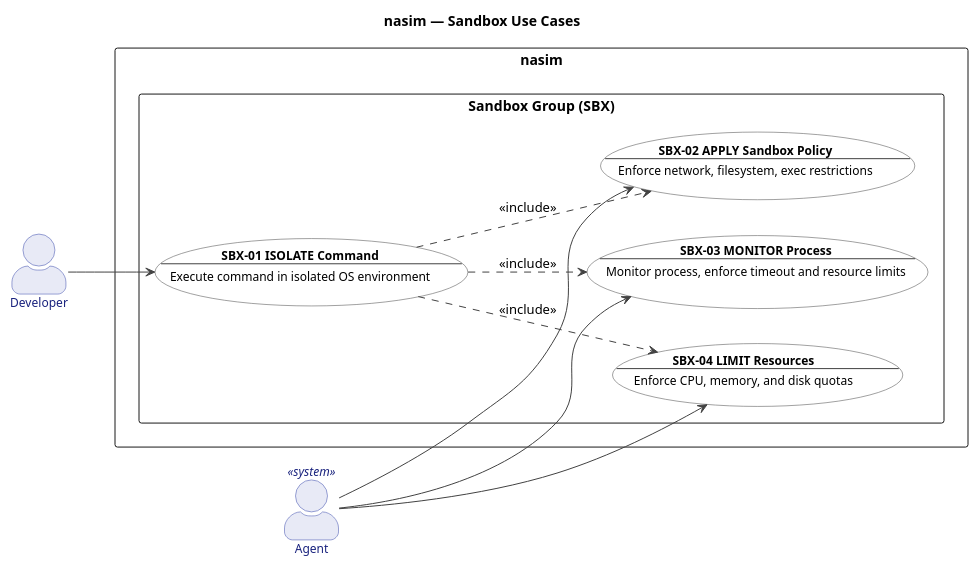
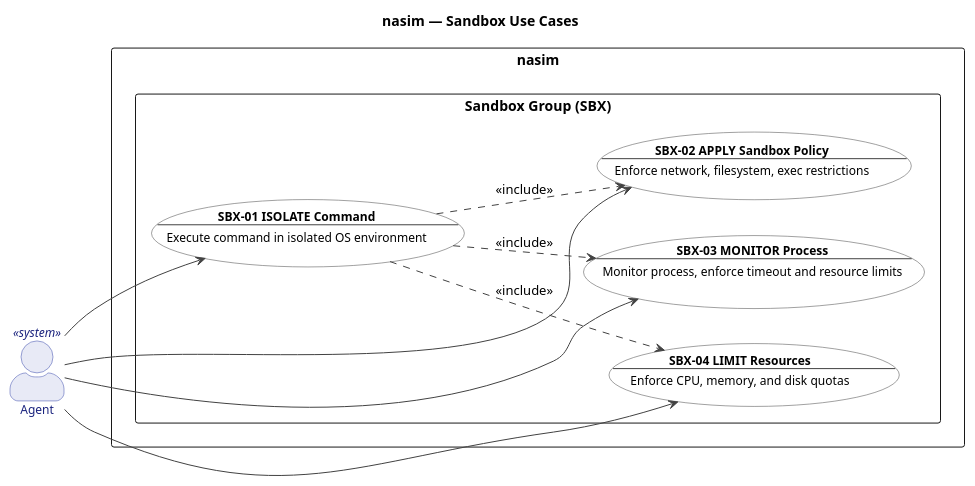
Before and after one commit to salimnamvar/nasim: the diagram in docs/UC/uc_sandbox.puml, drawn with PlantUML. The commit also changed 25 other files, not shown here.

```diff
--- a/docs/UC/uc_sandbox.puml
+++ b/docs/UC/uc_sandbox.puml
@@ -1,73 +1,72 @@
 @startuml uc_sandbox
 
 ' ============================================================
 ' Title:     nasim — UC: Sandbox Group
 ' Group:     SBX (Sandbox)
 ' Boundary:  nasim code agent
 ' Purpose:   OS-level process isolation for shell and edit operations
 ' Milestone: v1.0
 ' Version:   6.0.0
 ' Source:    docs/ENTITIES.md
 ' Review:    docs/audit/audit.2026.06.20.uc-layer.car.md
 ' ============================================================
 
 left to right direction
 
 title nasim — Sandbox Use Cases
 
 skinparam actorStyle awesome
 skinparam packageStyle rectangle
 
 skinparam usecase {
   BackgroundColor #FFFFFF
   BorderColor #424242
   FontColor #000000
   ArrowColor #424242
   FontSize 12
 }
 
 skinparam actor {
   BackgroundColor #E8EAF6
   BorderColor #3949AB
   FontColor #1A237E
   FontSize 12
 }
 
 ' ============================================================
 ' Actors
 ' ============================================================
 
-actor "Developer" as Developer
 actor "Agent" as Agent <<system>>
 
 ' ============================================================
 ' System Boundary
 ' ============================================================
 
 rectangle "nasim" {
   package "Sandbox Group (SBX)" {
     usecase "**SBX-01 ISOLATE Command**\n--\nExecute command in isolated OS environment" as SBX01
     usecase "**SBX-02 APPLY Sandbox Policy**\n--\nEnforce network, filesystem, exec restrictions" as SBX02
     usecase "**SBX-03 MONITOR Process**\n--\nMonitor process, enforce timeout and resource limits" as SBX03
     usecase "**SBX-04 LIMIT Resources**\n--\nEnforce CPU, memory, and disk quotas" as SBX04
   }
 }
 
 ' ============================================================
 ' Actor -> Use Case Associations
 ' ============================================================
 
-Developer --> SBX01
+Agent --> SBX01
 Agent --> SBX02
 Agent --> SBX03
 Agent --> SBX04
 
 ' ============================================================
 ' Relationships
 ' ============================================================
 
 SBX01 ..> SBX02 : <<include>>
 SBX01 ..> SBX03 : <<include>>
 SBX01 ..> SBX04 : <<include>>
 
 @enduml
```
